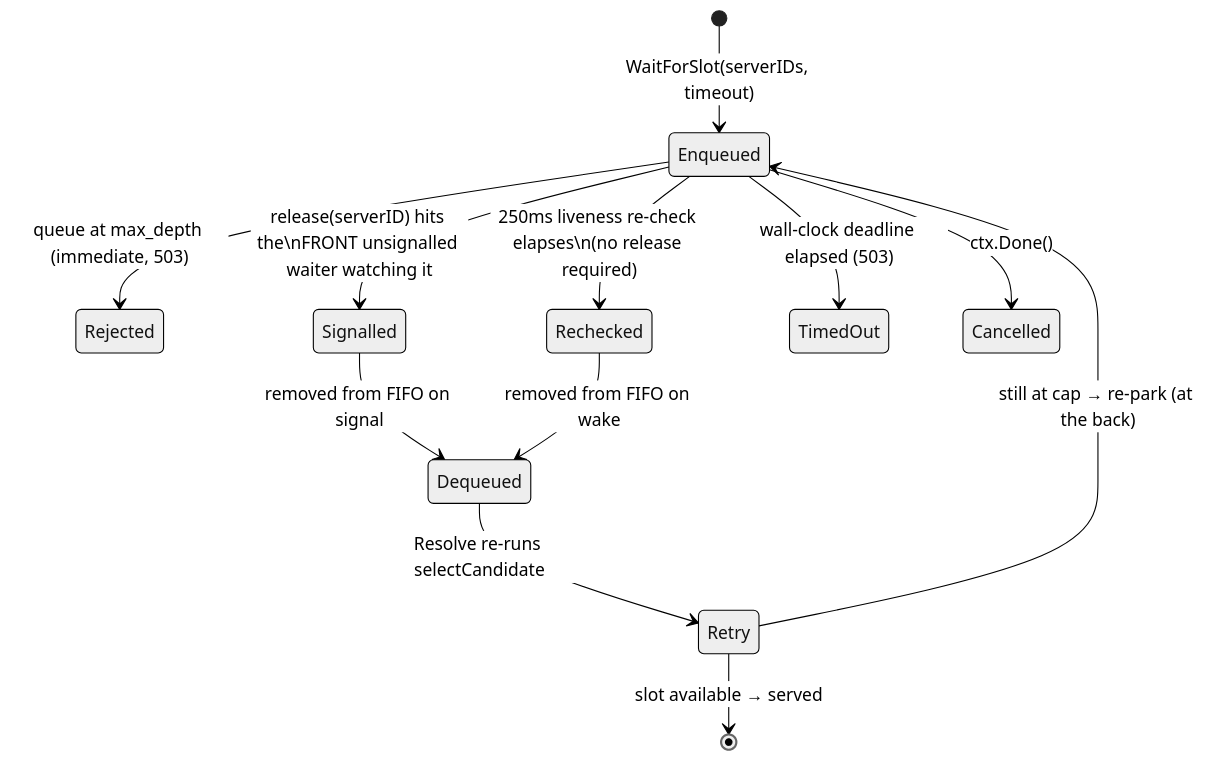
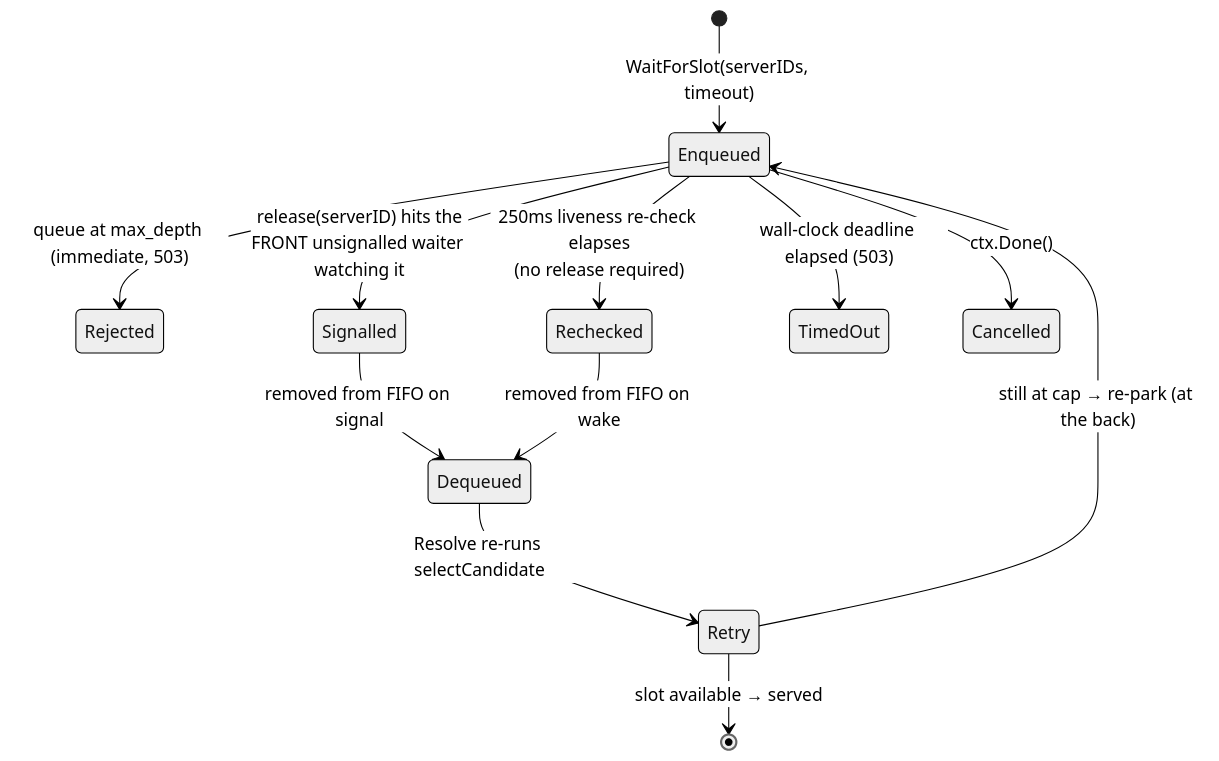
One commit to JLor08/op-ai-gateway changed the fifth of 5 diagrams in docs/architecture/cross-cutting/routing-and-model-selection.md. Above: the diagram before and after it, drawn with Mermaid (neutral theme). The commit also changed other lines of this file and 10 other files, not shown here.

First line of the commit message:
docs(architecture): fix Mermaid diagrams that do not render (#374)

````diff
--- a/docs/architecture/cross-cutting/routing-and-model-selection.md
+++ b/docs/architecture/cross-cutting/routing-and-model-selection.md
@@ -1954,14 +1954,14 @@
 ```mermaid
 stateDiagram-v2
     [*] --> Enqueued: WaitForSlot(serverIDs, timeout)
     Enqueued --> Rejected: queue at max_depth (immediate, 503)
-    Enqueued --> Signalled: release(serverID) hits the\nFRONT unsignalled waiter watching it
-    Enqueued --> Rechecked: 250ms liveness re-check elapses\n(no release required)
+    Enqueued --> Signalled: release(serverID) hits the<br/>FRONT unsignalled waiter watching it
+    Enqueued --> Rechecked: 250ms liveness re-check elapses<br/>(no release required)
     Enqueued --> TimedOut: wall-clock deadline elapsed (503)
     Enqueued --> Cancelled: ctx.Done()
     Signalled --> Dequeued: removed from FIFO on signal
     Rechecked --> Dequeued: removed from FIFO on wake
     Dequeued --> Retry: Resolve re-runs selectCandidate
     Retry --> Enqueued: still at cap → re-park (at the back)
     Retry --> [*]: slot available → served
 ```
````
